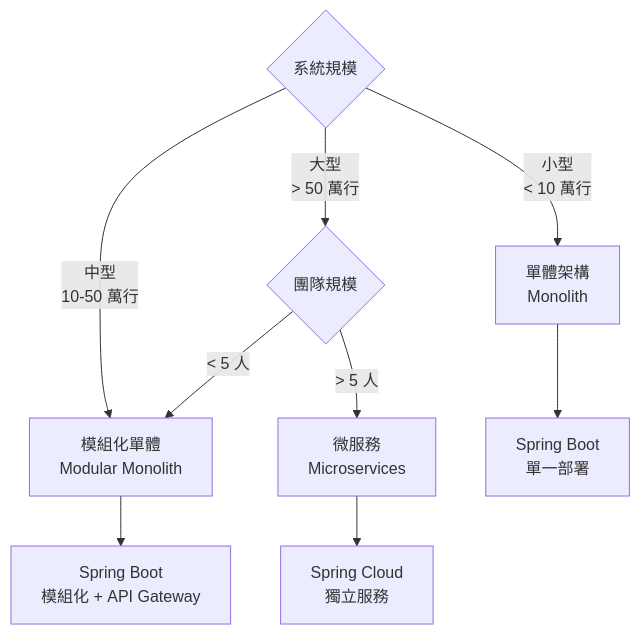
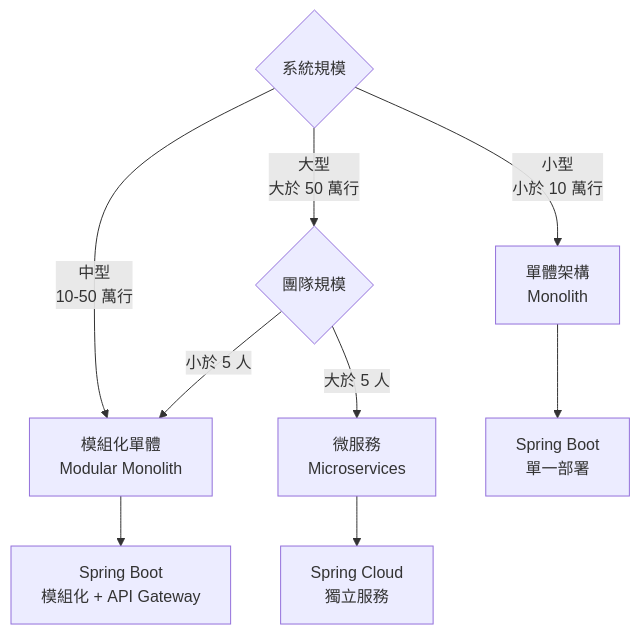
Before and after one commit to chihhung/Blog: diagram 23 of 35 in content/posts/教學/AI開發/GitHub Copilot 逆向工程教學手冊.md, drawn with Mermaid. The commit also changed other lines of this file, not shown here.

````diff
--- a/content/posts/教學/AI開發/GitHub Copilot 逆向工程教學手冊.md
+++ b/content/posts/教學/AI開發/GitHub Copilot 逆向工程教學手冊.md
@@ -2257,12 +2269,12 @@
 ```mermaid
 flowchart TB
-    A{系統規模} --> |"小型<br/>< 10 萬行"| B[單體架構<br/>Monolith]
+    A{系統規模} --> |"小型<br/>小於 10 萬行"| B[單體架構<br/>Monolith]
     A --> |"中型<br/>10-50 萬行"| C[模組化單體<br/>Modular Monolith]
-    A --> |"大型<br/>> 50 萬行"| D{團隊規模}
-    D --> |"< 5 人"| C
-    D --> |"> 5 人"| E[微服務<br/>Microservices]
+    A --> |"大型<br/>大於 50 萬行"| D{團隊規模}
+    D --> |"小於 5 人"| C
+    D --> |"大於 5 人"| E[微服務<br/>Microservices]
     
     B --> F[Spring Boot<br/>單一部署]
     C --> G[Spring Boot<br/>模組化 + API Gateway]
     E --> H[Spring Cloud<br/>獨立服務]
 ```
````
